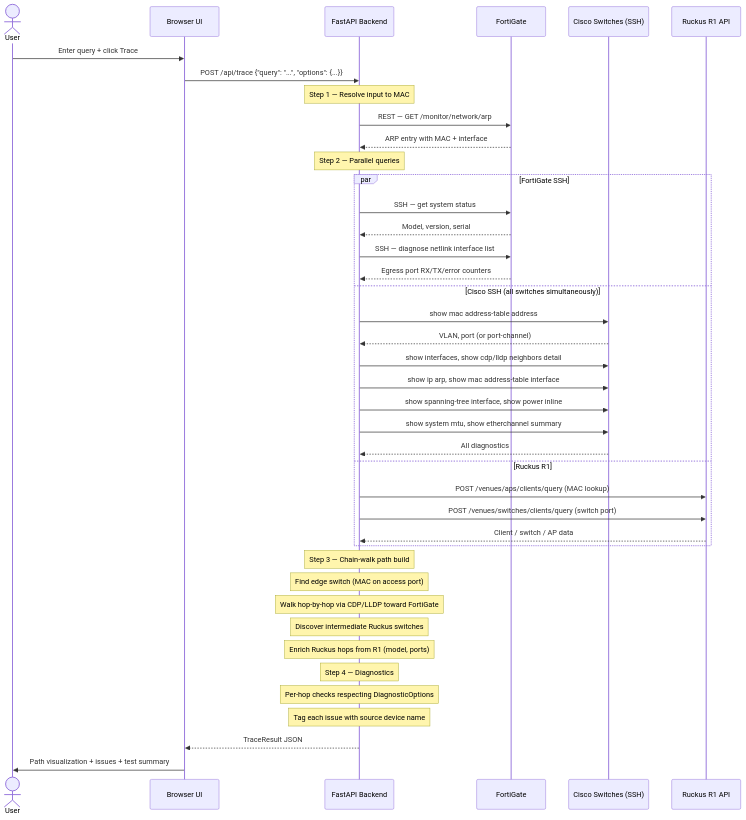
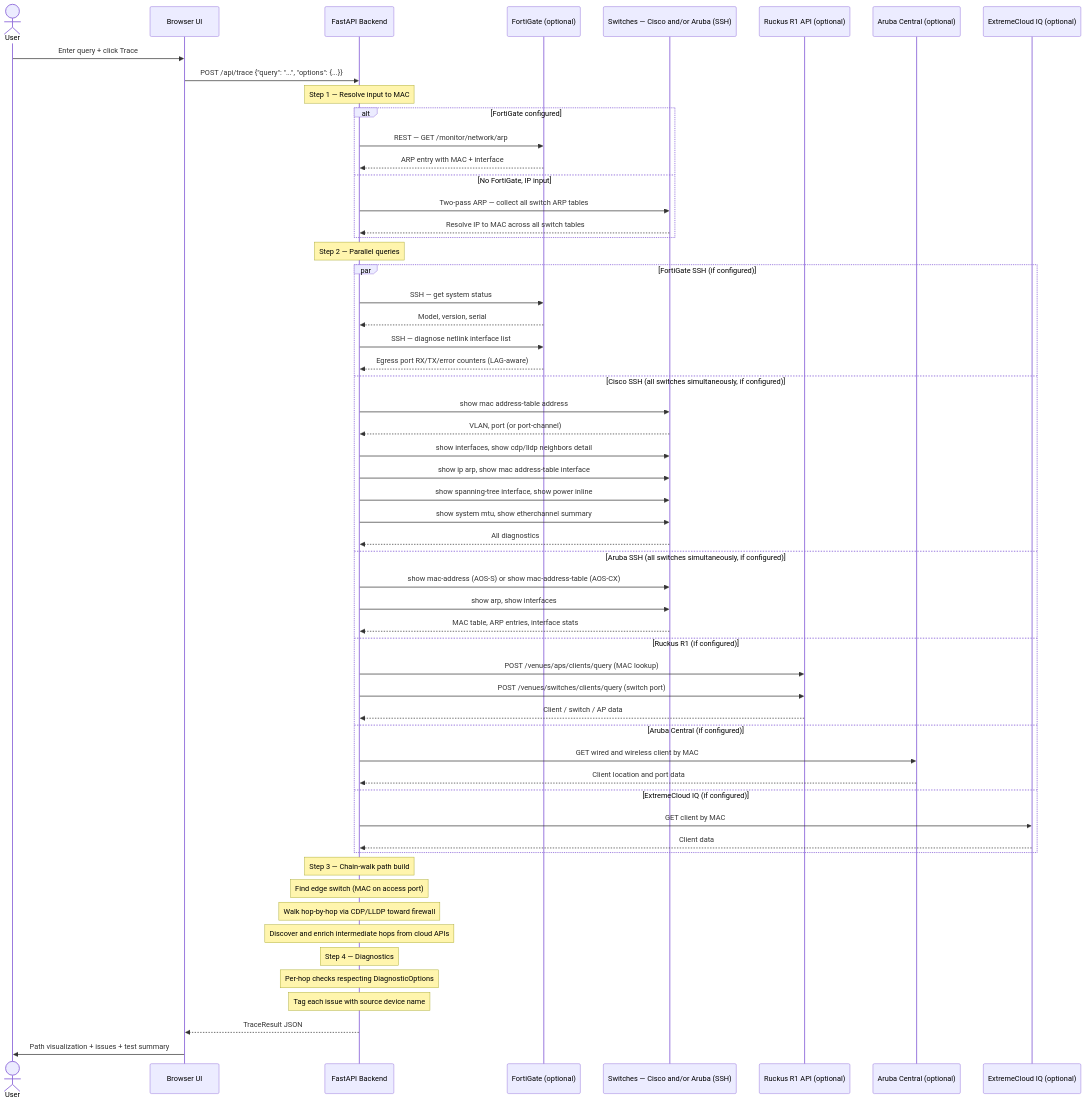
One commit to ivillagomez/netinspect changed the third of 3 diagrams in README.md. Above: the diagram before and after it, drawn with Mermaid. The commit also changed other lines of this file and 11 other files, not shown here.

````diff
--- a/README.md
+++ b/README.md
@@ -127,49 +161,65 @@
 ```mermaid
 sequenceDiagram
     actor User
     participant UI as Browser UI
     participant API as FastAPI Backend
-    participant FG as FortiGate
-    participant SW as Cisco Switches (SSH)
-    participant R1 as Ruckus R1 API
+    participant FG as FortiGate (optional)
+    participant SW as Switches — Cisco and/or Aruba (SSH)
+    participant R1 as Ruckus R1 API (optional)
+    participant AC as Aruba Central (optional)
+    participant XIQ as ExtremeCloud IQ (optional)
 
     User->>UI: Enter query + click Trace
     UI->>API: POST /api/trace {"query": "...", "options": {...}}
 
     note over API: Step 1 — Resolve input to MAC
-    API->>FG: REST — GET /monitor/network/arp
-    FG-->>API: ARP entry with MAC + interface
+    alt FortiGate configured
+        API->>FG: REST — GET /monitor/network/arp
+        FG-->>API: ARP entry with MAC + interface
+    else No FortiGate, IP input
+        API->>SW: Two-pass ARP — collect all switch ARP tables
+        SW-->>API: Resolve IP to MAC across all switch tables
+    end
 
     note over API: Step 2 — Parallel queries
-    par FortiGate SSH
+    par FortiGate SSH (if configured)
         API->>FG: SSH — get system status
         FG-->>API: Model, version, serial
         API->>FG: SSH — diagnose netlink interface list
-        FG-->>API: Egress port RX/TX/error counters
-    and Cisco SSH (all switches simultaneously)
+        FG-->>API: Egress port RX/TX/error counters (LAG-aware)
+    and Cisco SSH (all switches simultaneously, if configured)
         API->>SW: show mac address-table address
         SW-->>API: VLAN, port (or port-channel)
         API->>SW: show interfaces, show cdp/lldp neighbors detail
         API->>SW: show ip arp, show mac address-table interface
         API->>SW: show spanning-tree interface, show power inline
         API->>SW: show system mtu, show etherchannel summary
         SW-->>API: All diagnostics
-    and Ruckus R1
+    and Aruba SSH (all switches simultaneously, if configured)
+        API->>SW: show mac-address (AOS-S) or show mac-address-table (AOS-CX)
+        API->>SW: show arp, show interfaces
+        SW-->>API: MAC table, ARP entries, interface stats
+    and Ruckus R1 (if configured)
         API->>R1: POST /venues/aps/clients/query (MAC lookup)
         API->>R1: POST /venues/switches/clients/query (switch port)
         R1-->>API: Client / switch / AP data
+    and Aruba Central (if configured)
+        API->>AC: GET wired and wireless client by MAC
+        AC-->>API: Client location and port data
+    and ExtremeCloud IQ (if configured)
+        API->>XIQ: GET client by MAC
+        XIQ-->>API: Client data
     end
 
     note over API: Step 3 — Chain-walk path build
     note over API: Find edge switch (MAC on access port)
-    note over API: Walk hop-by-hop via CDP/LLDP toward FortiGate
-    note over API: Discover intermediate Ruckus switches
-    note over API: Enrich Ruckus hops from R1 (model, ports)
+    note over API: Walk hop-by-hop via CDP/LLDP toward firewall
+    note over API: Discover and enrich intermediate hops from cloud APIs
 
     note over API: Step 4 — Diagnostics
     note over API: Per-hop checks respecting DiagnosticOptions
     note over API: Tag each issue with source device name
 
     API-->>UI: TraceResult JSON
     UI->>User: Path visualization + issues + test summary
 ```
````
